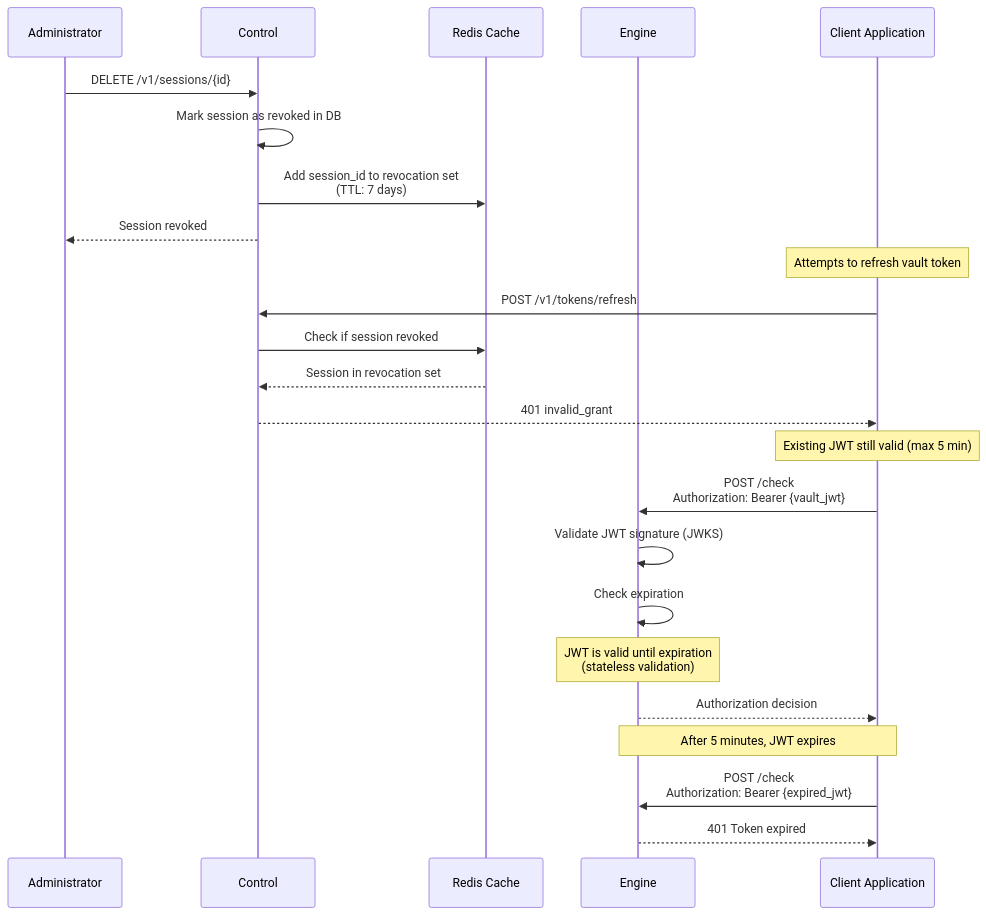
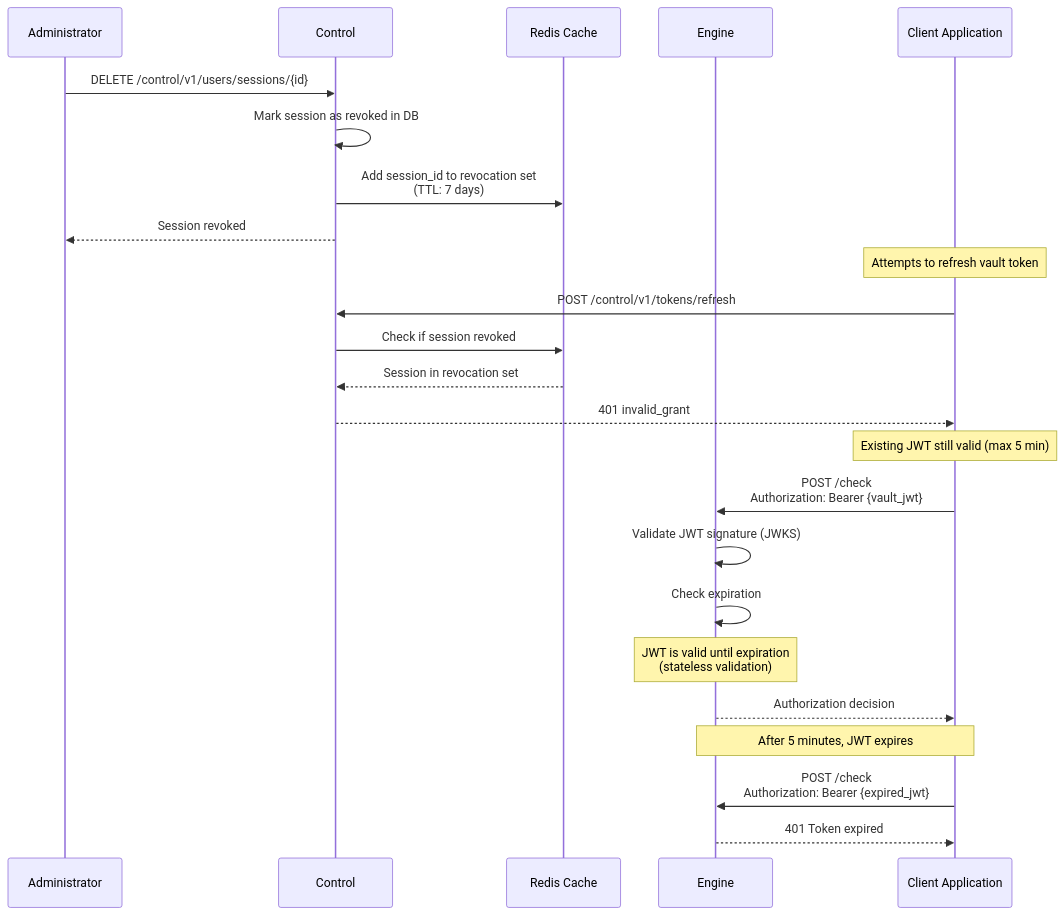
The seventh of 8 diagrams in docs/authentication.md (inferadb/control), drawn with Mermaid before and after one commit. The commit also changed other lines of this file and 49 other files, not shown here.

````diff
--- a/docs/authentication.md
+++ b/docs/authentication.md
@@ -1070,33 +1070,33 @@
 ```mermaid
 sequenceDiagram
     participant Admin as Administrator
     participant MgmtAPI as Control
     participant Redis as Redis Cache
     participant ServerAPI as Engine
     participant Client as Client Application
 
-    Admin->>MgmtAPI: DELETE /v1/sessions/{id}
+    Admin->>MgmtAPI: DELETE /control/v1/users/sessions/{id}
     MgmtAPI->>MgmtAPI: Mark session as revoked in DB
     MgmtAPI->>Redis: Add session_id to revocation set<br/>(TTL: 7 days)
     MgmtAPI-->>Admin: Session revoked
 
     Note over Client: Attempts to refresh vault token
 
-    Client->>MgmtAPI: POST /v1/tokens/refresh
+    Client->>MgmtAPI: POST /control/v1/tokens/refresh
     MgmtAPI->>Redis: Check if session revoked
     Redis-->>MgmtAPI: Session in revocation set
     MgmtAPI-->>Client: 401 invalid_grant
 
     Note over Client: Existing JWT still valid (max 5 min)
 
     Client->>ServerAPI: POST /check<br/>Authorization: Bearer {vault_jwt}
     ServerAPI->>ServerAPI: Validate JWT signature (JWKS)
     ServerAPI->>ServerAPI: Check expiration
     Note over ServerAPI: JWT is valid until expiration<br/>(stateless validation)
     ServerAPI-->>Client: Authorization decision
 
     Note over Client,ServerAPI: After 5 minutes, JWT expires
 
     Client->>ServerAPI: POST /check<br/>Authorization: Bearer {expired_jwt}
     ServerAPI-->>Client: 401 Token expired
 ```
````
